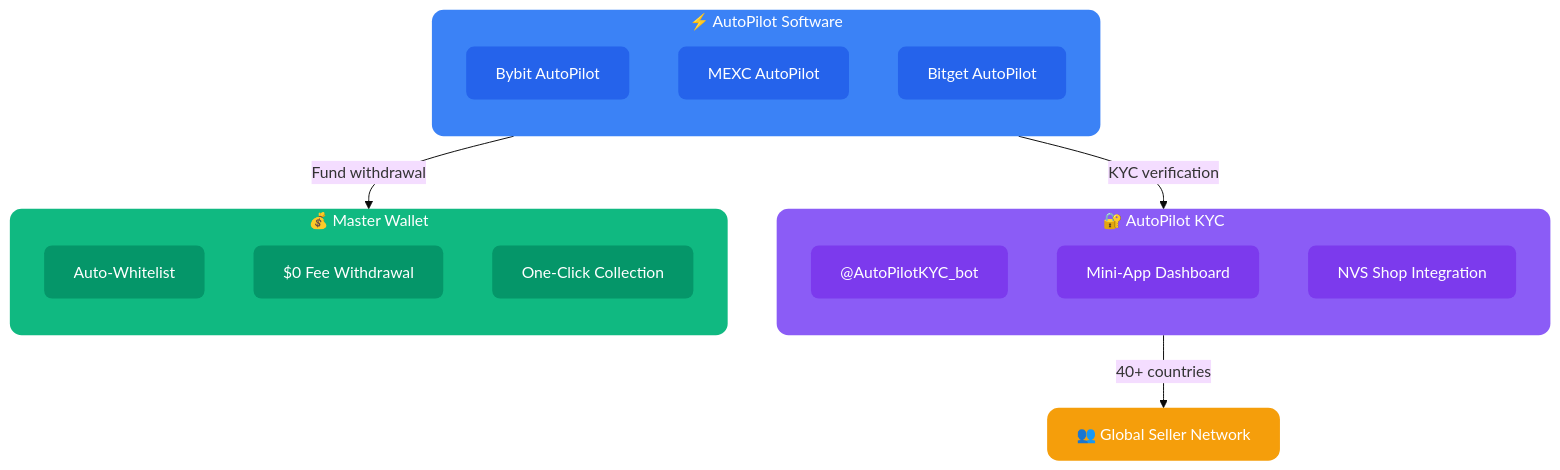
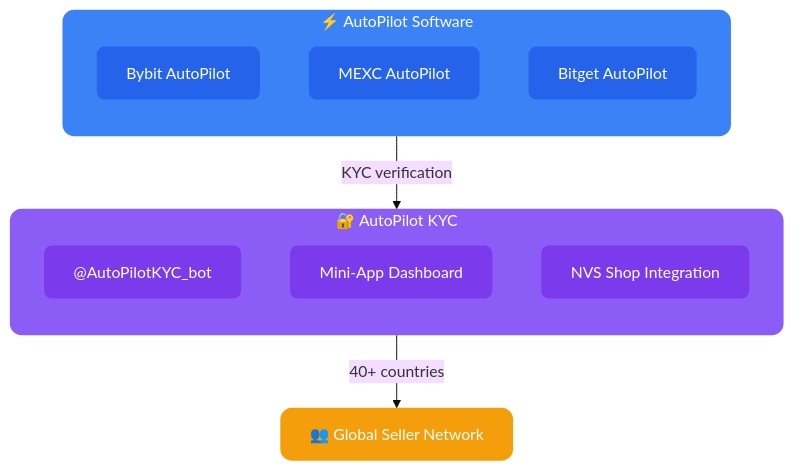
One commit to AutoPilotSoftware/docs changed the diagram in src/content/docs/en/index.mdx. Above: the diagram before and after it, drawn with Mermaid (base theme). The commit also changed other lines of this file and 2 other files, not shown here.

Commit message:
Remove Master Wallet from index page and diagram

````diff
--- a/src/content/docs/en/index.mdx
+++ b/src/content/docs/en/index.mdx
@@ -8,41 +8,30 @@
 ```mermaid
 flowchart TD
     subgraph CORE ["⚡ AutoPilot Software"]
         direction TB
         BP["Bybit AutoPilot"]
         MP["MEXC AutoPilot"]
         BG["Bitget AutoPilot"]
     end
 
     subgraph KYC ["🔐 AutoPilot KYC"]
         direction TB
         BOT["@AutoPilotKYC_bot"]
         APP["Mini-App Dashboard"]
         NVS["NVS Shop Integration"]
     end
 
-    subgraph WALLET ["💰 Master Wallet"]
-        direction TB
-        WL["Auto-Whitelist"]
-        WD["$0 Fee Withdrawal"]
-        DIST["One-Click Collection"]
-    end
-
     CORE -->|"KYC verification"| KYC
-    CORE -->|"Fund withdrawal"| WALLET
     KYC -->|"40+ countries"| SELLERS["👥 Global Seller Network"]
 
     style CORE fill:#3b82f6,color:#fff,stroke:none,rx:12
     style KYC fill:#8b5cf6,color:#fff,stroke:none,rx:12
-    style WALLET fill:#10b981,color:#fff,stroke:none,rx:12
     style SELLERS fill:#f59e0b,color:#fff,stroke:none,rx:12
     style BP fill:#2563eb,color:#fff,stroke:none,rx:8
     style MP fill:#2563eb,color:#fff,stroke:none,rx:8
     style BG fill:#2563eb,color:#fff,stroke:none,rx:8
     style BOT fill:#7c3aed,color:#fff,stroke:none,rx:8
     style APP fill:#7c3aed,color:#fff,stroke:none,rx:8
     style NVS fill:#7c3aed,color:#fff,stroke:none,rx:8
-    style WL fill:#059669,color:#fff,stroke:none,rx:8
-    style WD fill:#059669,color:#fff,stroke:none,rx:8
-    style DIST fill:#059669,color:#fff,stroke:none,rx:8
+
 ```
````
